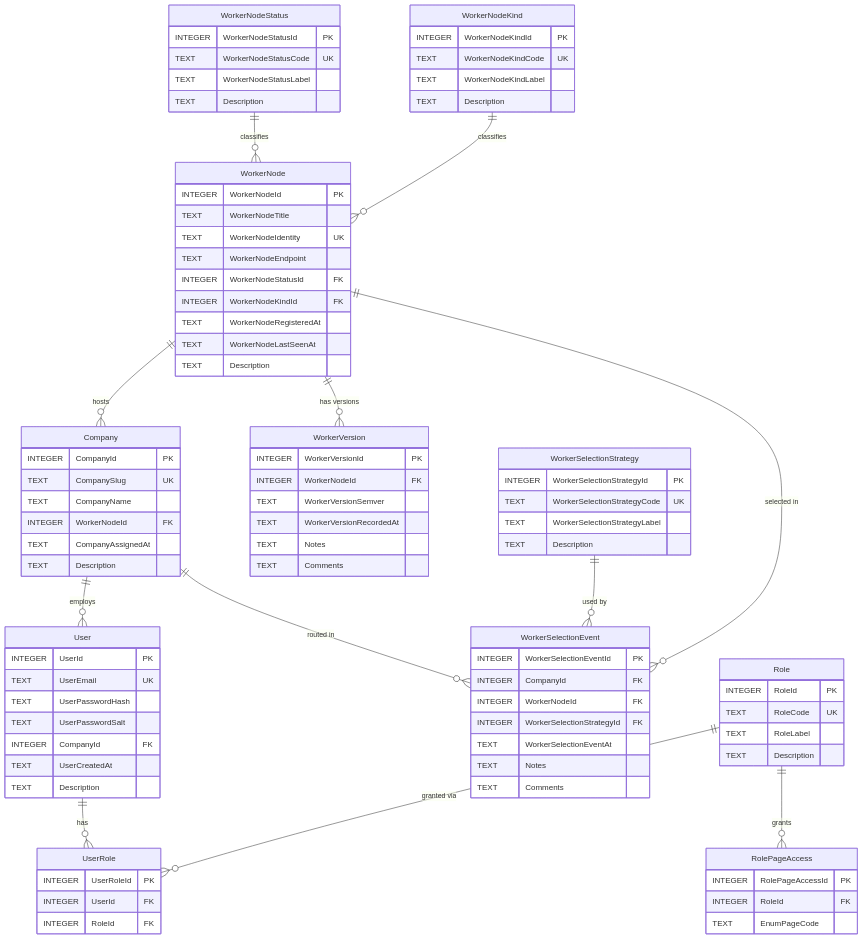
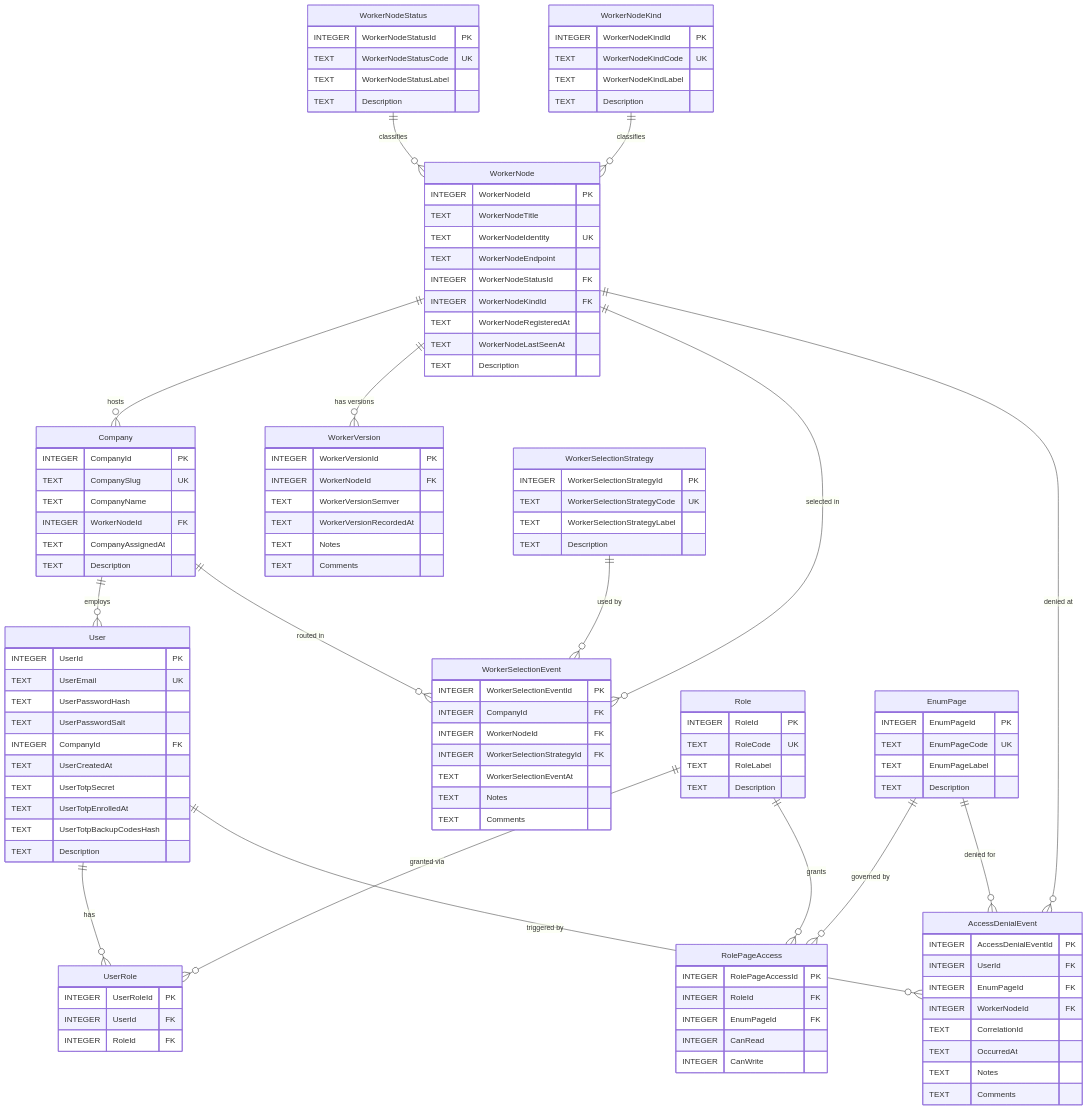
Before and after one commit to alimtvnetwork/coding-guidelines-v24: the diagram in spec/19-main-worker-service/diagrams/erd-main-db.mmd, drawn with Mermaid.

```diff
--- a/spec/19-main-worker-service/diagrams/erd-main-db.mmd
+++ b/spec/19-main-worker-service/diagrams/erd-main-db.mmd
@@ -1,102 +1,130 @@
 %% ==========================================================
 %% NON-AUTHORITATIVE PROJECTION
 %% ==========================================================
 %% Subject:        Main Server SQLite catalog
-%% Authoritative:  spec/19-main-worker-service/02-main-server.md + spec/04-database-conventions/
+%% Authoritative:  spec/19-main-worker-service/03-main-db-schema.md (v1.2.0+)
+%%                 + spec/04-database-conventions/
 %% Status:         Illustrative only. If this diagram disagrees
 %%                 with the authoritative spec(s) above, the
 %%                 spec wins and this file is the bug.
-%% Banner version: 1.0.0 (2026-05-04, audit fix #9)
+%% Banner version: 1.1.0 (2026-05-04, sync to 03-main-db-schema.md v1.2.0:
+%%                 added EnumPage, AccessDenialEvent, RolePageAccess FK to
+%%                 EnumPage, User TOTP columns; per audit task #29 + #32)
 %% ==========================================================
 erDiagram
     WorkerNode ||--o{ Company : "hosts"
     WorkerNode ||--o{ WorkerVersion : "has versions"
     WorkerNode ||--o{ WorkerSelectionEvent : "selected in"
+    WorkerNode ||--o{ AccessDenialEvent : "denied at"
     WorkerNodeStatus ||--o{ WorkerNode : "classifies"
     WorkerNodeKind ||--o{ WorkerNode : "classifies"
     Company ||--o{ User : "employs"
     Company ||--o{ WorkerSelectionEvent : "routed in"
     User ||--o{ UserRole : "has"
+    User ||--o{ AccessDenialEvent : "triggered by"
     Role ||--o{ UserRole : "granted via"
     Role ||--o{ RolePageAccess : "grants"
+    EnumPage ||--o{ RolePageAccess : "governed by"
+    EnumPage ||--o{ AccessDenialEvent : "denied for"
     WorkerSelectionStrategy ||--o{ WorkerSelectionEvent : "used by"
 
     WorkerNode {
         INTEGER WorkerNodeId PK
         TEXT WorkerNodeTitle
         TEXT WorkerNodeIdentity UK
         TEXT WorkerNodeEndpoint
         INTEGER WorkerNodeStatusId FK
         INTEGER WorkerNodeKindId FK
         TEXT WorkerNodeRegisteredAt
         TEXT WorkerNodeLastSeenAt
         TEXT Description
     }
     WorkerNodeStatus {
         INTEGER WorkerNodeStatusId PK
         TEXT WorkerNodeStatusCode UK
         TEXT WorkerNodeStatusLabel
         TEXT Description
     }
     WorkerNodeKind {
         INTEGER WorkerNodeKindId PK
         TEXT WorkerNodeKindCode UK
         TEXT WorkerNodeKindLabel
         TEXT Description
     }
     Company {
         INTEGER CompanyId PK
         TEXT CompanySlug UK
         TEXT CompanyName
         INTEGER WorkerNodeId FK
         TEXT CompanyAssignedAt
         TEXT Description
     }
     User {
         INTEGER UserId PK
         TEXT UserEmail UK
         TEXT UserPasswordHash
         TEXT UserPasswordSalt
         INTEGER CompanyId FK
         TEXT UserCreatedAt
+        TEXT UserTotpSecret
+        TEXT UserTotpEnrolledAt
+        TEXT UserTotpBackupCodesHash
         TEXT Description
     }
     Role {
         INTEGER RoleId PK
         TEXT RoleCode UK
         TEXT RoleLabel
         TEXT Description
     }
     UserRole {
         INTEGER UserRoleId PK
         INTEGER UserId FK
         INTEGER RoleId FK
     }
+    EnumPage {
+        INTEGER EnumPageId PK
+        TEXT EnumPageCode UK
+        TEXT EnumPageLabel
+        TEXT Description
+    }
     RolePageAccess {
         INTEGER RolePageAccessId PK
         INTEGER RoleId FK
-        TEXT EnumPageCode
+        INTEGER EnumPageId FK
+        INTEGER CanRead
+        INTEGER CanWrite
+    }
+    AccessDenialEvent {
+        INTEGER AccessDenialEventId PK
+        INTEGER UserId FK
+        INTEGER EnumPageId FK
+        INTEGER WorkerNodeId FK
+        TEXT CorrelationId
+        TEXT OccurredAt
+        TEXT Notes
+        TEXT Comments
     }
     WorkerVersion {
         INTEGER WorkerVersionId PK
         INTEGER WorkerNodeId FK
         TEXT WorkerVersionSemver
         TEXT WorkerVersionRecordedAt
         TEXT Notes
         TEXT Comments
     }
     WorkerSelectionEvent {
         INTEGER WorkerSelectionEventId PK
         INTEGER CompanyId FK
         INTEGER WorkerNodeId FK
         INTEGER WorkerSelectionStrategyId FK
         TEXT WorkerSelectionEventAt
         TEXT Notes
         TEXT Comments
     }
     WorkerSelectionStrategy {
         INTEGER WorkerSelectionStrategyId PK
         TEXT WorkerSelectionStrategyCode UK
         TEXT WorkerSelectionStrategyLabel
         TEXT Description
     }
```
